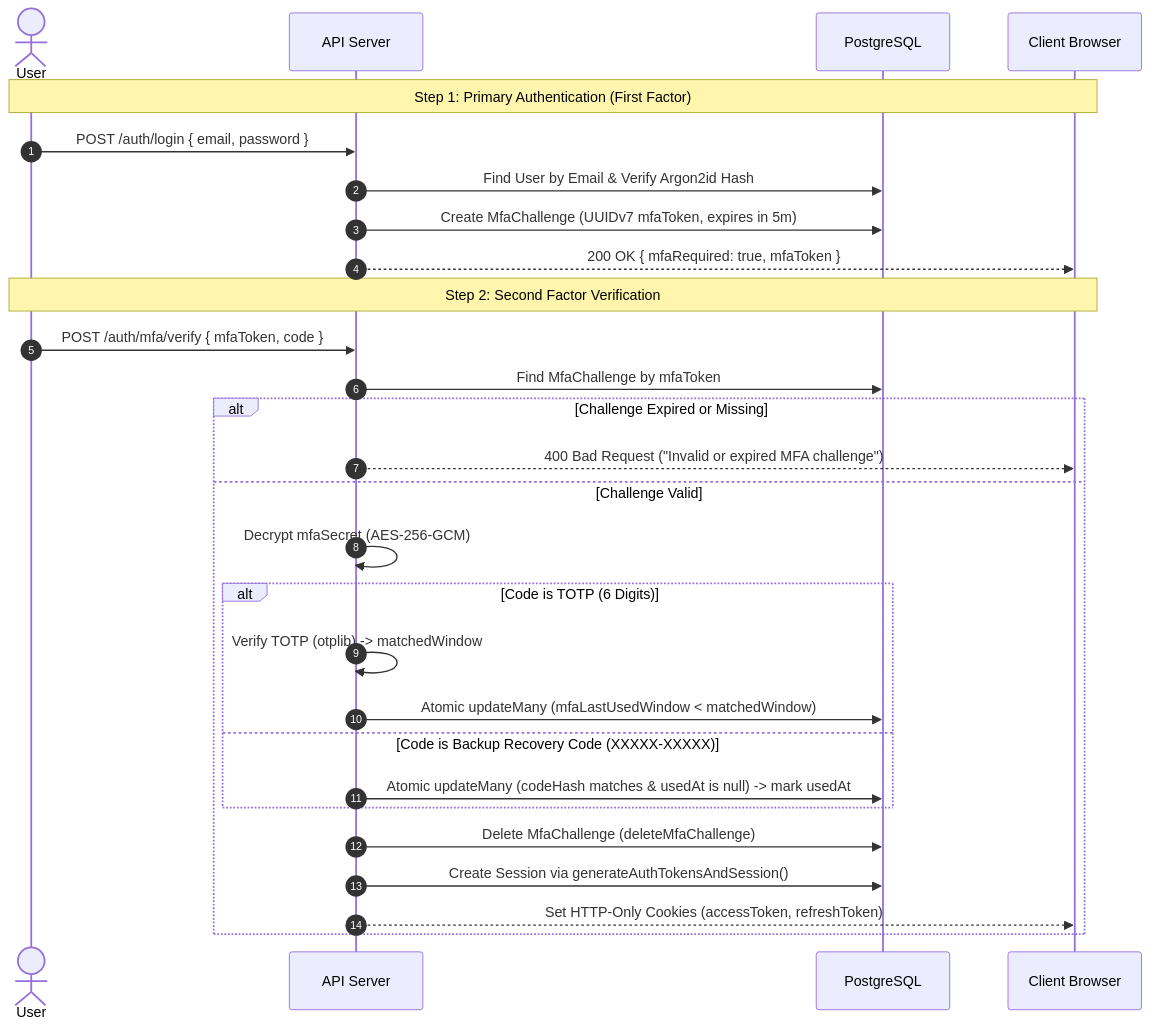
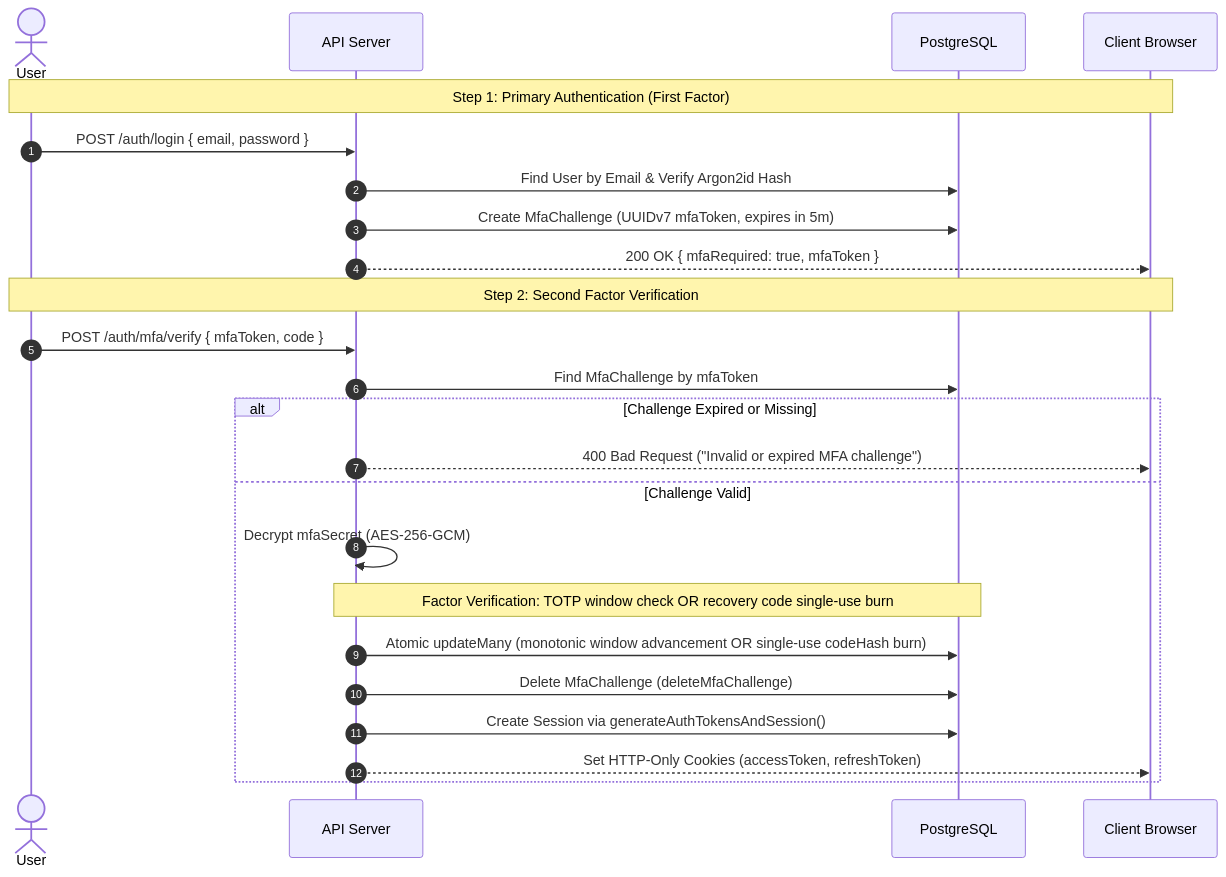
The fourth of 10 diagrams in docs/ARCHITECTURE.md (utkarshj014/authsphere), drawn with Mermaid before and after one commit. The commit also changed other lines of this file and 19 other files, not shown here.

````diff
--- a/docs/ARCHITECTURE.md
+++ b/docs/ARCHITECTURE.md
@@ -269,32 +269,28 @@
 ```mermaid
 sequenceDiagram
     autonumber
     actor User
     participant API as API Server
     participant DB as PostgreSQL
     participant Client as Client Browser
 
     Note over User, Client: Step 1: Primary Authentication (First Factor)
     User->>API: POST /auth/login { email, password }
     API->>DB: Find User by Email & Verify Argon2id Hash
     API->>DB: Create MfaChallenge (UUIDv7 mfaToken, expires in 5m)
     API-->>Client: 200 OK { mfaRequired: true, mfaToken }
 
     Note over User, Client: Step 2: Second Factor Verification
     User->>API: POST /auth/mfa/verify { mfaToken, code }
     API->>DB: Find MfaChallenge by mfaToken
     alt Challenge Expired or Missing
         API-->>Client: 400 Bad Request ("Invalid or expired MFA challenge")
     else Challenge Valid
         API->>API: Decrypt mfaSecret (AES-256-GCM)
-        alt Code is TOTP (6 Digits)
-            API->>API: Verify TOTP (otplib) -> matchedWindow
-            API->>DB: Atomic updateMany (mfaLastUsedWindow < matchedWindow)
-        else Code is Backup Recovery Code (XXXXX-XXXXX)
-            API->>DB: Atomic updateMany (codeHash matches & usedAt is null) -> mark usedAt
-        end
+        Note over API, DB: Factor Verification: TOTP window check OR recovery code single-use burn
+        API->>DB: Atomic updateMany (monotonic window advancement OR single-use codeHash burn)
         API->>DB: Delete MfaChallenge (deleteMfaChallenge)
         API->>DB: Create Session via generateAuthTokensAndSession()
         API-->>Client: Set HTTP-Only Cookies (accessToken, refreshToken)
     end
 ```
````
